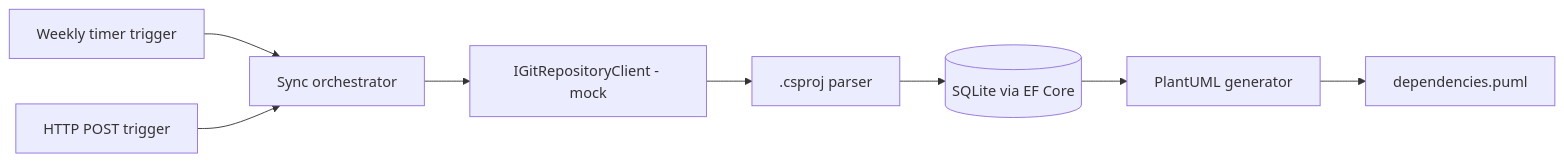
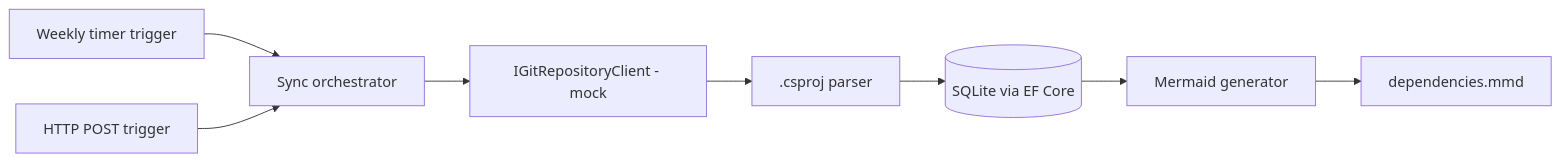
The diagram in README.md (Ladus/engineering-insights-platform), drawn with Mermaid before and after one commit. The commit also changed other lines of this file and 6 other files, not shown here.

````diff
--- a/README.md
+++ b/README.md
@@ -24,10 +24,10 @@
 ```mermaid
 flowchart LR
     T[Weekly timer trigger] --> O
     H[HTTP POST trigger] --> O
     O[Sync orchestrator] --> G[IGitRepositoryClient - mock]
     G --> P[.csproj parser]
     P --> D[(SQLite via EF Core)]
-    D --> U[PlantUML generator]
-    U --> F[dependencies.puml]
+    D --> U[Mermaid generator]
+    U --> F[dependencies.mmd]
 ```
````
